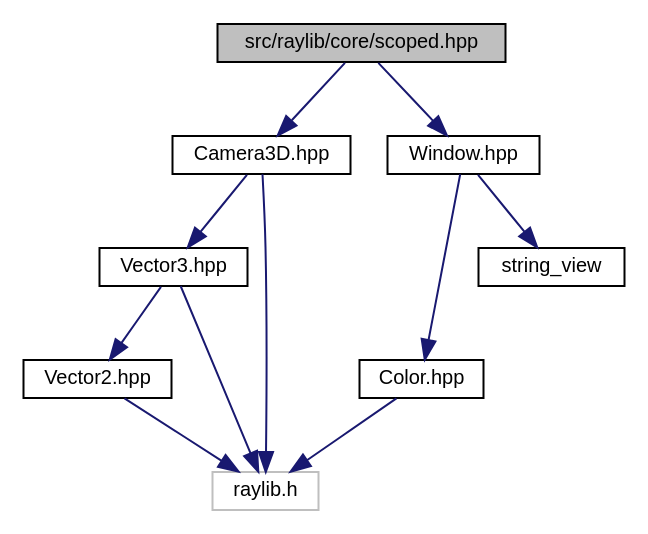
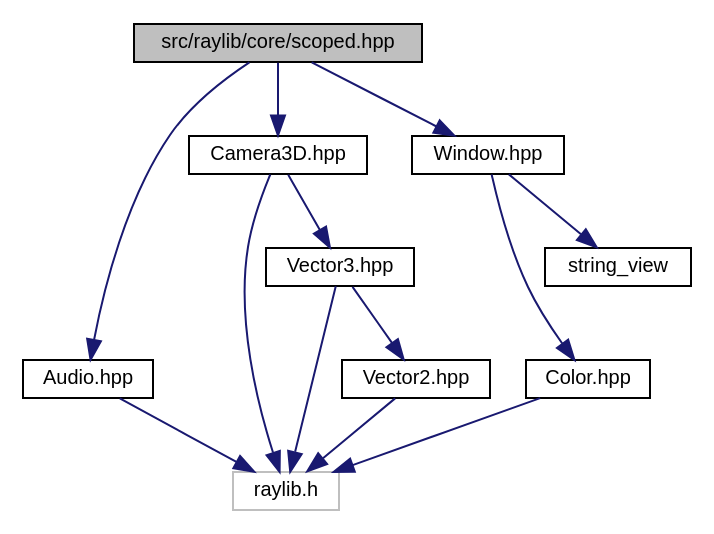
One commit to MisterPeModder/Bomberman-Global-Offensive changed the diagram in scoped_8hpp__incl.dot. Above: the diagram before and after it, drawn with Graphviz. The commit also changed 366 other files, not shown here.

Commit message:
Deploying to gh-pages from @ MisterPeModder/Bomberman-Global-Offensive@6a61a6d92c17a3e5d19add3d763cf71275a627c0 🚀

```diff
--- a/scoped_8hpp__incl.dot
+++ b/scoped_8hpp__incl.dot
@@ -1,24 +1,27 @@
 digraph "src/raylib/core/scoped.hpp"
 {
  // LATEX_PDF_SIZE
   edge [fontname="Helvetica",fontsize="10",labelfontname="Helvetica",labelfontsize="10"];
   node [fontname="Helvetica",fontsize="10",shape=record];
   Node1 [label="src/raylib/core/scoped.hpp",height=0.2,width=0.4,color="black", fillcolor="grey75", style="filled", fontcolor="black",tooltip=" "];
   Node1 -> Node2 [color="midnightblue",fontsize="10",style="solid",fontname="Helvetica"];
-  Node2 [label="Camera3D.hpp",height=0.2,width=0.4,color="black", fillcolor="white", style="filled",URL="$_camera3_d_8hpp.html",tooltip=" "];
+  Node2 [label="Audio.hpp",height=0.2,width=0.4,color="black", fillcolor="white", style="filled",URL="$_audio_8hpp.html",tooltip=" "];
   Node2 -> Node3 [color="midnightblue",fontsize="10",style="solid",fontname="Helvetica"];
-  Node3 [label="Vector3.hpp",height=0.2,width=0.4,color="black", fillcolor="white", style="filled",URL="$_vector3_8hpp.html",tooltip=" "];
-  Node3 -> Node4 [color="midnightblue",fontsize="10",style="solid",fontname="Helvetica"];
-  Node4 [label="Vector2.hpp",height=0.2,width=0.4,color="black", fillcolor="white", style="filled",URL="$_vector2_8hpp.html",tooltip=" "];
+  Node3 [label="raylib.h",height=0.2,width=0.4,color="grey75", fillcolor="white", style="filled",tooltip=" "];
+  Node1 -> Node4 [color="midnightblue",fontsize="10",style="solid",fontname="Helvetica"];
+  Node4 [label="Camera3D.hpp",height=0.2,width=0.4,color="black", fillcolor="white", style="filled",URL="$_camera3_d_8hpp.html",tooltip=" "];
   Node4 -> Node5 [color="midnightblue",fontsize="10",style="solid",fontname="Helvetica"];
-  Node5 [label="raylib.h",height=0.2,width=0.4,color="grey75", fillcolor="white", style="filled",tooltip=" "];
-  Node3 -> Node5 [color="midnightblue",fontsize="10",style="solid",fontname="Helvetica"];
-  Node2 -> Node5 [color="midnightblue",fontsize="10",style="solid",fontname="Helvetica"];
-  Node1 -> Node6 [color="midnightblue",fontsize="10",style="solid",fontname="Helvetica"];
-  Node6 [label="Window.hpp",height=0.2,width=0.4,color="black", fillcolor="white", style="filled",URL="$_window_8hpp.html",tooltip=" "];
-  Node6 -> Node7 [color="midnightblue",fontsize="10",style="solid",fontname="Helvetica"];
-  Node7 [label="Color.hpp",height=0.2,width=0.4,color="black", fillcolor="white", style="filled",URL="$_color_8hpp.html",tooltip=" "];
-  Node7 -> Node5 [color="midnightblue",fontsize="10",style="solid",fontname="Helvetica"];
-  Node6 -> Node8 [color="midnightblue",fontsize="10",style="solid",fontname="Helvetica"];
-  Node8 [label="string_view",height=0.2,width=0.4,color="black", fillcolor="white", style="filled",URL="/home/runner/work/Bomberman-Global-Offensive/Bomberman-Global-Offensive/doc/external/cppreference-doxygen-web.tag.xml$cpp/header/string_view.html",tooltip=" "];
+  Node5 [label="Vector3.hpp",height=0.2,width=0.4,color="black", fillcolor="white", style="filled",URL="$_vector3_8hpp.html",tooltip=" "];
+  Node5 -> Node6 [color="midnightblue",fontsize="10",style="solid",fontname="Helvetica"];
+  Node6 [label="Vector2.hpp",height=0.2,width=0.4,color="black", fillcolor="white", style="filled",URL="$_vector2_8hpp.html",tooltip=" "];
+  Node6 -> Node3 [color="midnightblue",fontsize="10",style="solid",fontname="Helvetica"];
+  Node5 -> Node3 [color="midnightblue",fontsize="10",style="solid",fontname="Helvetica"];
+  Node4 -> Node3 [color="midnightblue",fontsize="10",style="solid",fontname="Helvetica"];
+  Node1 -> Node7 [color="midnightblue",fontsize="10",style="solid",fontname="Helvetica"];
+  Node7 [label="Window.hpp",height=0.2,width=0.4,color="black", fillcolor="white", style="filled",URL="$_window_8hpp.html",tooltip=" "];
+  Node7 -> Node8 [color="midnightblue",fontsize="10",style="solid",fontname="Helvetica"];
+  Node8 [label="Color.hpp",height=0.2,width=0.4,color="black", fillcolor="white", style="filled",URL="$_color_8hpp.html",tooltip=" "];
+  Node8 -> Node3 [color="midnightblue",fontsize="10",style="solid",fontname="Helvetica"];
+  Node7 -> Node9 [color="midnightblue",fontsize="10",style="solid",fontname="Helvetica"];
+  Node9 [label="string_view",height=0.2,width=0.4,color="black", fillcolor="white", style="filled",URL="/home/runner/work/Bomberman-Global-Offensive/Bomberman-Global-Offensive/doc/external/cppreference-doxygen-web.tag.xml$cpp/header/string_view.html",tooltip=" "];
 }
```
